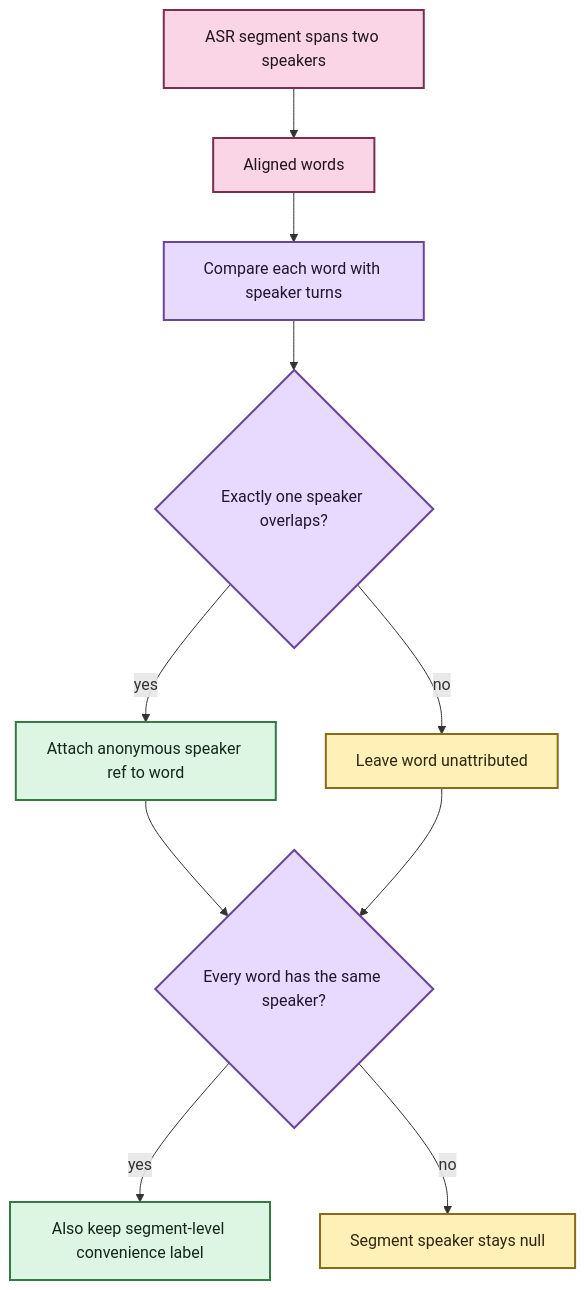
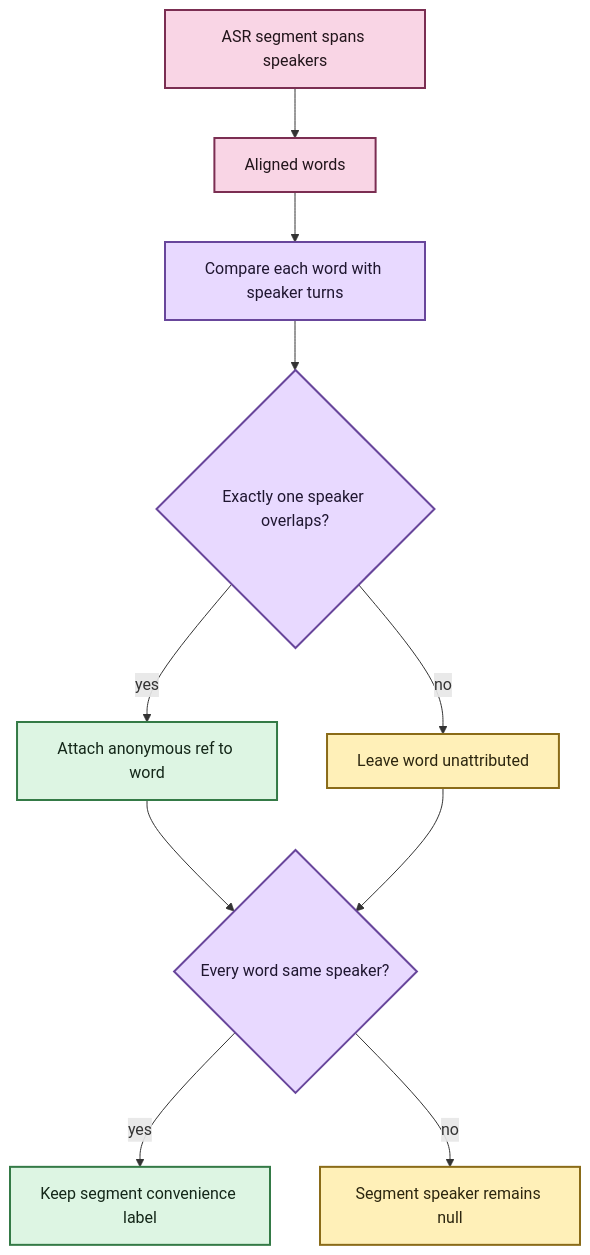
Before and after one commit to SSD1805/EchoFlow: the second of 2 diagrams in docs/architecture/word-alignment.md, drawn with Mermaid. The commit also changed other lines of this file, not shown here.

Commit message:
Refresh word alignment consumers and limits

````diff
--- a/docs/architecture/word-alignment.md
+++ b/docs/architecture/word-alignment.md
@@ -125,22 +113,22 @@
 ```mermaid
 flowchart TD
-    A[ASR segment spans two speakers] --> B[Aligned words]
+    A[ASR segment spans speakers] --> B[Aligned words]
     B --> C[Compare each word with speaker turns]
     C --> D{Exactly one speaker overlaps?}
-    D -->|yes| E[Attach anonymous speaker ref to word]
+    D -->|yes| E[Attach anonymous ref to word]
     D -->|no| F[Leave word unattributed]
-    E --> G{Every word has the same speaker?}
+    E --> G{Every word same speaker?}
     F --> G
-    G -->|yes| H[Also keep segment-level convenience label]
-    G -->|no| I[Segment speaker stays null]
+    G -->|yes| H[Keep segment convenience label]
+    G -->|no| I[Segment speaker remains null]
 
     classDef evidence fill:#F9D5E5,stroke:#7B2E52,stroke-width:2px,color:#22151B
     classDef process fill:#E8D9FF,stroke:#68469B,stroke-width:2px,color:#1F1630
     classDef safe fill:#DDF5E3,stroke:#347A46,stroke-width:2px,color:#142719
     classDef ambiguous fill:#FFF0B8,stroke:#8A6B18,stroke-width:2px,color:#2C260F
 
     class A,B evidence
     class C,D,G process
     class E,H safe
     class F,I ambiguous
 ```
````
